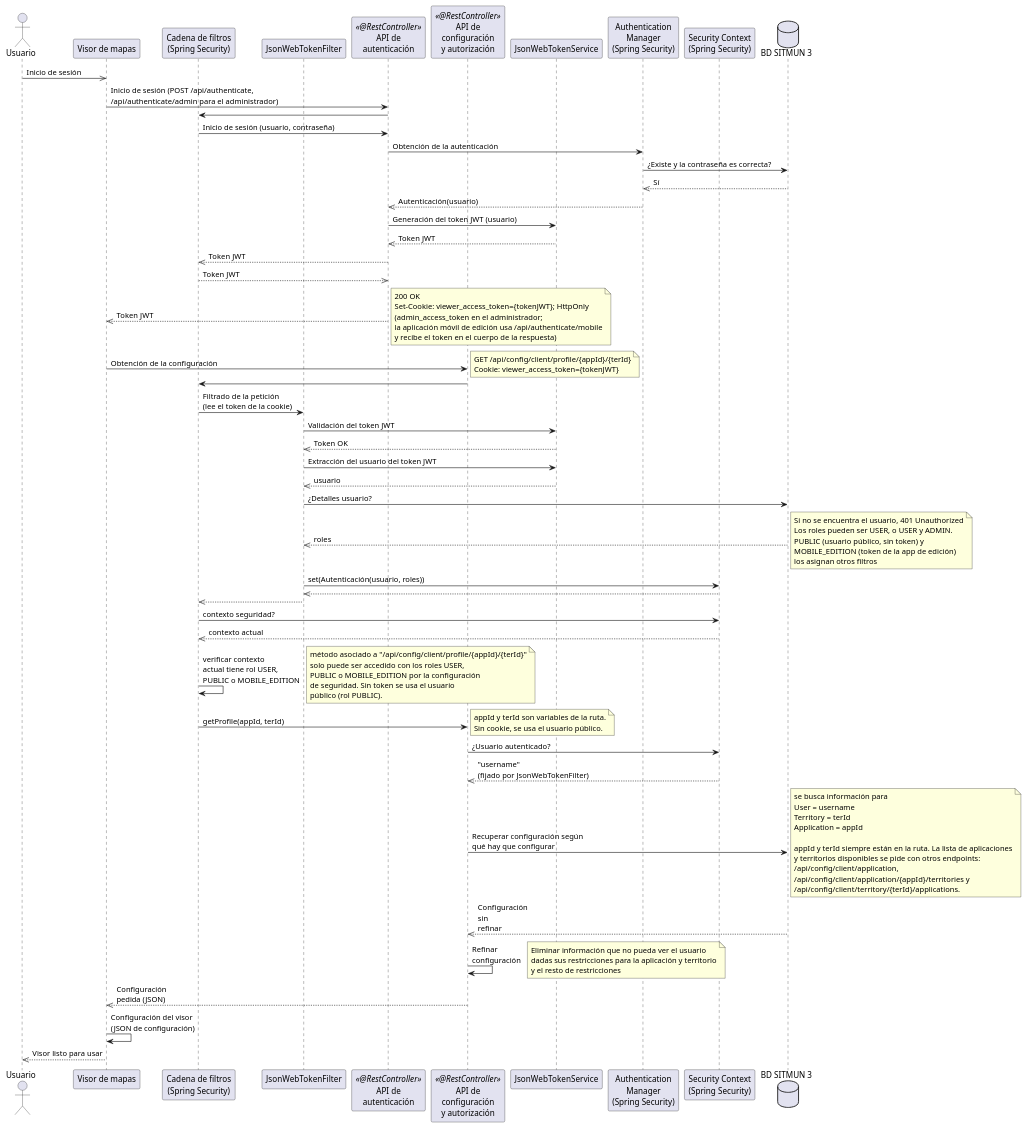
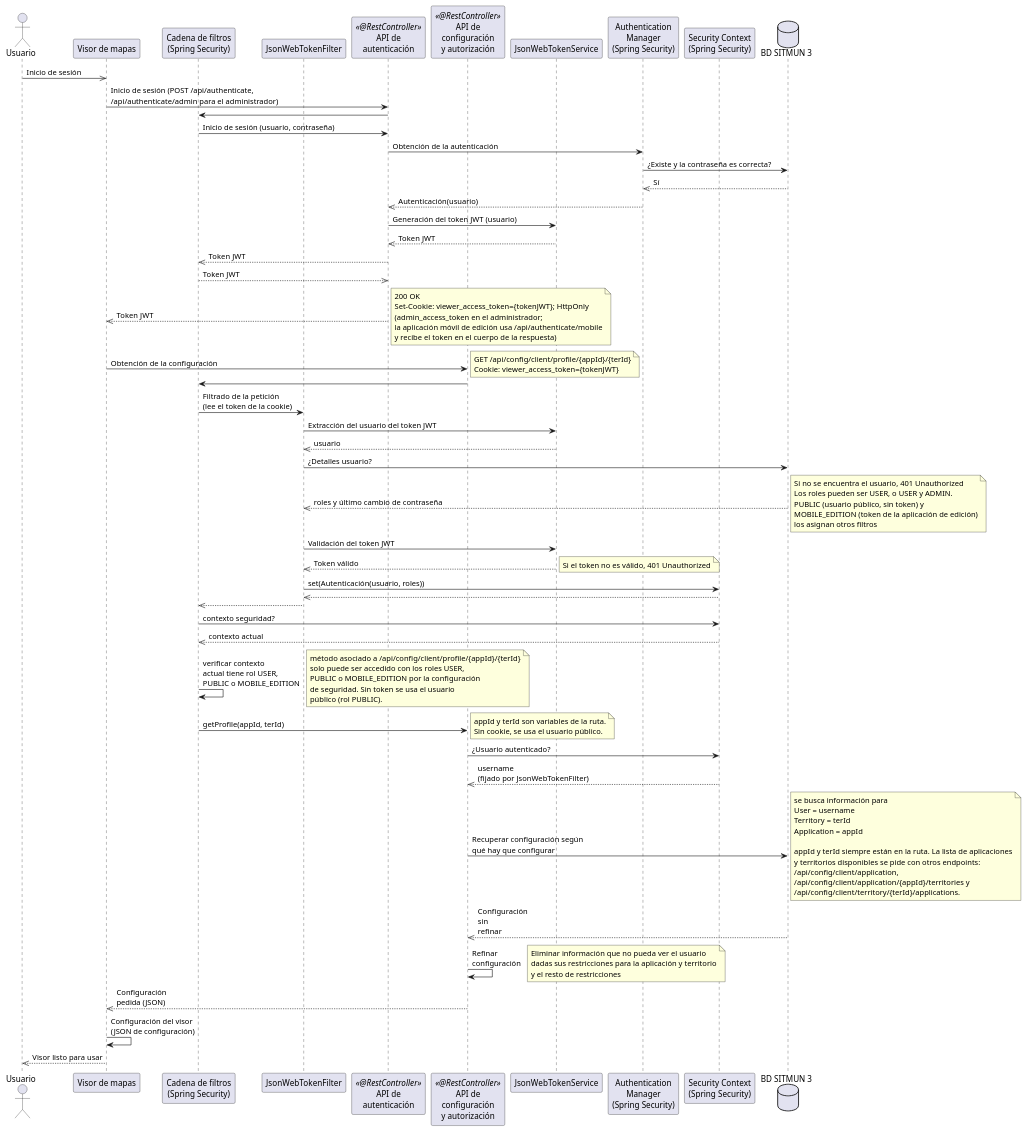
Before and after one commit to sitmun/sitmun.github.io: the second of 6 diagrams in docs/que-es-sitmun/plataforma/arquitectura/index.md, drawn with PlantUML. The commit also changed other lines of this file and 33 other files, not shown here.

```diff
--- a/docs/que-es-sitmun/plataforma/arquitectura/index.md
+++ b/docs/que-es-sitmun/plataforma/arquitectura/index.md
@@ -382,18 +385,21 @@
 
 ConfigurationAPI -> FilterChain
 FilterChain -> JsonWebTokenFilter: Filtrado de la petición\n(lee el token de la cookie)
-JsonWebTokenFilter -> JsonWebTokenService: Validación del token JWT
-JsonWebTokenService -->> JsonWebTokenFilter: Token OK
 JsonWebTokenFilter -> JsonWebTokenService: Extracción del usuario del token JWT
 JsonWebTokenService -->> JsonWebTokenFilter: usuario
 JsonWebTokenFilter-> Database: ¿Detalles usuario?
-Database -->> JsonWebTokenFilter: roles
+Database -->> JsonWebTokenFilter: roles y último cambio de contraseña
 note right
   Si no se encuentra el usuario, 401 Unauthorized
   Los roles pueden ser USER, o USER y ADMIN.
   PUBLIC (usuario público, sin token) y
-  MOBILE_EDITION (token de la app de edición)
+  MOBILE_EDITION (token de la aplicación de edición)
   los asignan otros filtros
+end note
+JsonWebTokenFilter -> JsonWebTokenService: Validación del token JWT
+JsonWebTokenService -->> JsonWebTokenFilter: Token válido
+note right
+  Si el token no es válido, 401 Unauthorized
 end note
 JsonWebTokenFilter -> SecurityContext: set(Autenticación(usuario, roles))
 SecurityContext -->> JsonWebTokenFilter
@@ -402,7 +408,7 @@
 SecurityContext -->> FilterChain: contexto actual
 FilterChain -> FilterChain: verificar contexto\nactual tiene rol USER,\nPUBLIC o MOBILE_EDITION
 note right
-  método asociado a "/api/config/client/profile/{appId}/{terId}"
+  método asociado a /api/config/client/profile/{appId}/{terId}
   solo puede ser accedido con los roles USER,
   PUBLIC o MOBILE_EDITION por la configuración
   de seguridad. Sin token se usa el usuario
@@ -414,7 +420,7 @@
   Sin cookie, se usa el usuario público.
 end note
 ConfigurationAPI -> SecurityContext: ¿Usuario autenticado?
-SecurityContext -->> ConfigurationAPI: "username"\n(fijado por JsonWebTokenFilter)
+SecurityContext -->> ConfigurationAPI: username\n(fijado por JsonWebTokenFilter)
 ConfigurationAPI -> Database: Recuperar configuración según\nqué hay que configurar
 note right
   se busca información para
```
